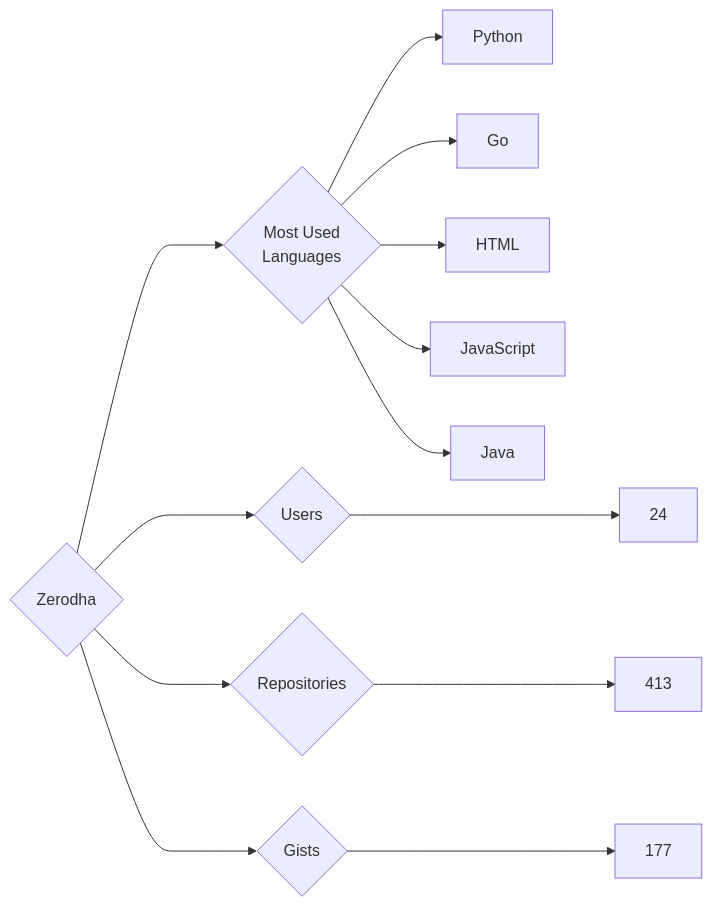
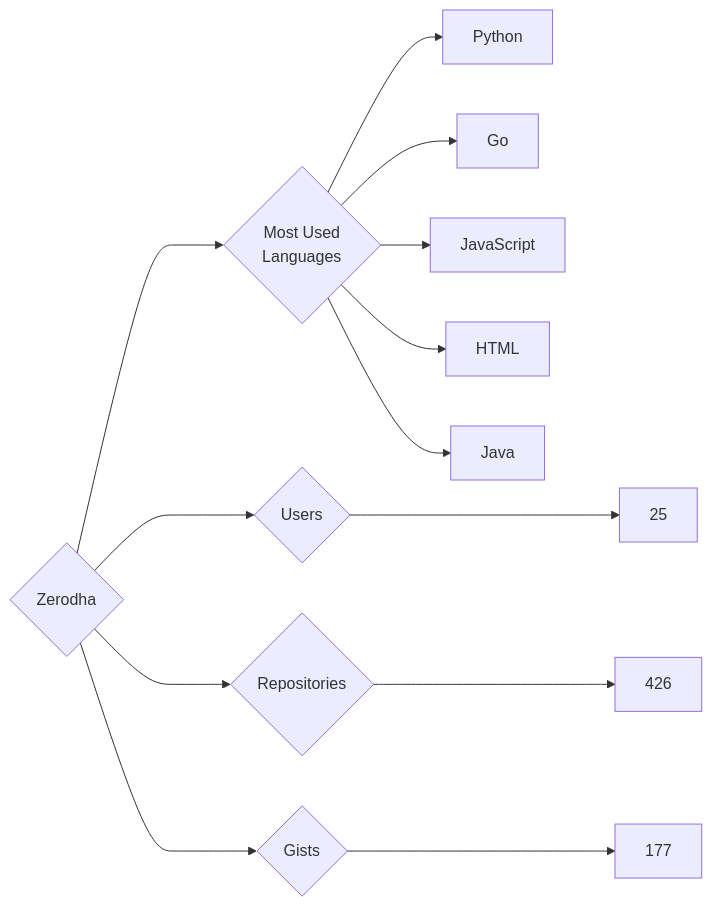
The diagram in targets/Zerodha/README.md (trickest/insiders), drawn with Mermaid before and after one commit. The commit also changed 1248 other files, not shown here.

````diff
--- a/targets/Zerodha/README.md
+++ b/targets/Zerodha/README.md
@@ -3,13 +3,13 @@
 ```mermaid
 graph LR
 COMPANY_NAME{Zerodha}
-COMPANY_NAME ---> U{Users} ---> UN[24]
-COMPANY_NAME ---> R{Repositories} ---> RN[413]
+COMPANY_NAME ---> U{Users} ---> UN[25]
+COMPANY_NAME ---> R{Repositories} ---> RN[426]
 COMPANY_NAME ---> G{Gists} ---> GN[177]
 COMPANY_NAME ---> ML{Most Used<br>Languages}
 ML --> Python[Python]
 ML --> Go[Go]
+ML --> JavaScript[JavaScript]
 ML --> HTML[HTML]
-ML --> JavaScript[JavaScript]
 ML --> Java[Java]
 ```
````
